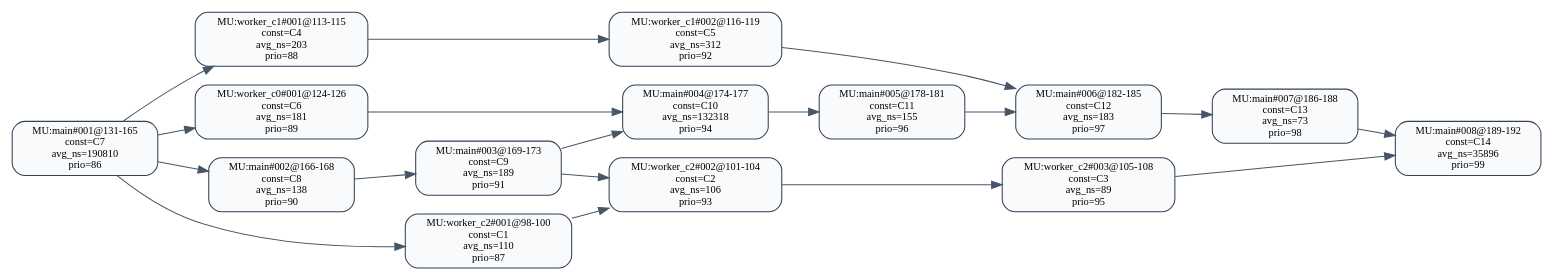
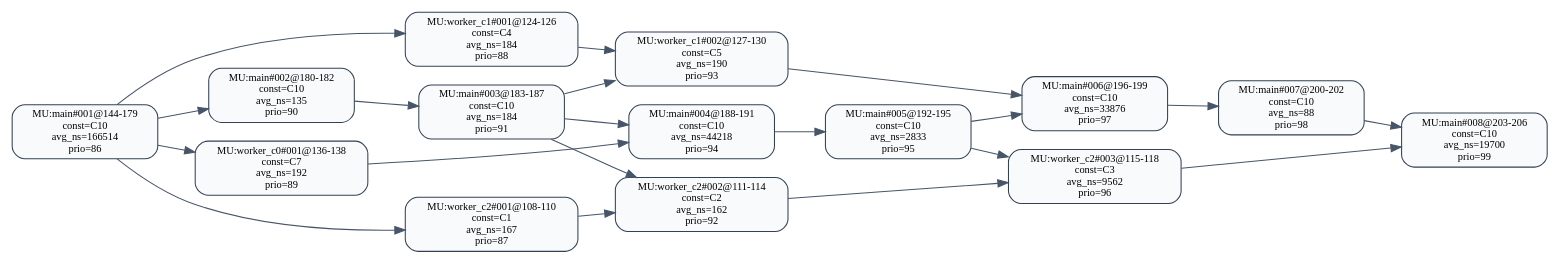
Before and after one commit to RTS-SYSU/DAG-Gen: the diagram in 中间结果/zhang2/pipeline/validation/level2/effective_line_merge/t_level/dag_seg_annotated.dot, drawn with Graphviz. The commit also changed 1017 other files, not shown here.

Commit message:
已矫正dag图circle问题，下一步准备板子上实验

```diff
--- a/中间结果/zhang2/pipeline/validation/level2/effective_line_merge/t_level/dag_seg_annotated.dot
+++ b/中间结果/zhang2/pipeline/validation/level2/effective_line_merge/t_level/dag_seg_annotated.dot
@@ -1,36 +1,38 @@
 digraph dag_seg_annotated {
   rankdir=LR;
   node [shape=box, style="rounded,filled", fillcolor="#F8FAFC", color="#334155", fontsize=10];
   edge [color="#475569"];
-  "MU:main#001@131-165" [label="MU:main#001@131-165\nconst=C7\navg_ns=190810\nprio=86"];
-  "MU:main#002@166-168" [label="MU:main#002@166-168\nconst=C8\navg_ns=138\nprio=90"];
-  "MU:main#003@169-173" [label="MU:main#003@169-173\nconst=C9\navg_ns=189\nprio=91"];
-  "MU:main#004@174-177" [label="MU:main#004@174-177\nconst=C10\navg_ns=132318\nprio=94"];
-  "MU:main#005@178-181" [label="MU:main#005@178-181\nconst=C11\navg_ns=155\nprio=96"];
-  "MU:main#006@182-185" [label="MU:main#006@182-185\nconst=C12\navg_ns=183\nprio=97"];
-  "MU:main#007@186-188" [label="MU:main#007@186-188\nconst=C13\navg_ns=73\nprio=98"];
-  "MU:main#008@189-192" [label="MU:main#008@189-192\nconst=C14\navg_ns=35896\nprio=99"];
-  "MU:worker_c0#001@124-126" [label="MU:worker_c0#001@124-126\nconst=C6\navg_ns=181\nprio=89"];
-  "MU:worker_c1#001@113-115" [label="MU:worker_c1#001@113-115\nconst=C4\navg_ns=203\nprio=88"];
-  "MU:worker_c1#002@116-119" [label="MU:worker_c1#002@116-119\nconst=C5\navg_ns=312\nprio=92"];
-  "MU:worker_c2#001@98-100" [label="MU:worker_c2#001@98-100\nconst=C1\navg_ns=110\nprio=87"];
-  "MU:worker_c2#002@101-104" [label="MU:worker_c2#002@101-104\nconst=C2\navg_ns=106\nprio=93"];
-  "MU:worker_c2#003@105-108" [label="MU:worker_c2#003@105-108\nconst=C3\navg_ns=89\nprio=95"];
-  "MU:worker_c2#001@98-100" -> "MU:worker_c2#002@101-104";
-  "MU:worker_c2#002@101-104" -> "MU:worker_c2#003@105-108";
-  "MU:worker_c1#001@113-115" -> "MU:worker_c1#002@116-119";
-  "MU:main#001@131-165" -> "MU:main#002@166-168";
-  "MU:main#002@166-168" -> "MU:main#003@169-173";
-  "MU:main#003@169-173" -> "MU:main#004@174-177";
-  "MU:main#004@174-177" -> "MU:main#005@178-181";
-  "MU:main#005@178-181" -> "MU:main#006@182-185";
-  "MU:main#006@182-185" -> "MU:main#007@186-188";
-  "MU:main#007@186-188" -> "MU:main#008@189-192";
-  "MU:main#001@131-165" -> "MU:worker_c0#001@124-126";
-  "MU:main#001@131-165" -> "MU:worker_c1#001@113-115";
-  "MU:main#001@131-165" -> "MU:worker_c2#001@98-100";
-  "MU:worker_c0#001@124-126" -> "MU:main#004@174-177";
-  "MU:worker_c1#002@116-119" -> "MU:main#006@182-185";
-  "MU:worker_c2#003@105-108" -> "MU:main#008@189-192";
-  "MU:main#003@169-173" -> "MU:worker_c2#002@101-104";
+  "MU:main#001@144-179" [label="MU:main#001@144-179\nconst=C10\navg_ns=166514\nprio=86"];
+  "MU:main#002@180-182" [label="MU:main#002@180-182\nconst=C10\navg_ns=135\nprio=90"];
+  "MU:main#003@183-187" [label="MU:main#003@183-187\nconst=C10\navg_ns=184\nprio=91"];
+  "MU:main#004@188-191" [label="MU:main#004@188-191\nconst=C10\navg_ns=44218\nprio=94"];
+  "MU:main#005@192-195" [label="MU:main#005@192-195\nconst=C10\navg_ns=2833\nprio=95"];
+  "MU:main#006@196-199" [label="MU:main#006@196-199\nconst=C10\navg_ns=33876\nprio=97"];
+  "MU:main#007@200-202" [label="MU:main#007@200-202\nconst=C10\navg_ns=88\nprio=98"];
+  "MU:main#008@203-206" [label="MU:main#008@203-206\nconst=C10\navg_ns=19700\nprio=99"];
+  "MU:worker_c0#001@136-138" [label="MU:worker_c0#001@136-138\nconst=C7\navg_ns=192\nprio=89"];
+  "MU:worker_c1#001@124-126" [label="MU:worker_c1#001@124-126\nconst=C4\navg_ns=184\nprio=88"];
+  "MU:worker_c1#002@127-130" [label="MU:worker_c1#002@127-130\nconst=C5\navg_ns=190\nprio=93"];
+  "MU:worker_c2#001@108-110" [label="MU:worker_c2#001@108-110\nconst=C1\navg_ns=167\nprio=87"];
+  "MU:worker_c2#002@111-114" [label="MU:worker_c2#002@111-114\nconst=C2\navg_ns=162\nprio=92"];
+  "MU:worker_c2#003@115-118" [label="MU:worker_c2#003@115-118\nconst=C3\navg_ns=9562\nprio=96"];
+  "MU:worker_c2#001@108-110" -> "MU:worker_c2#002@111-114";
+  "MU:worker_c2#002@111-114" -> "MU:worker_c2#003@115-118";
+  "MU:worker_c1#001@124-126" -> "MU:worker_c1#002@127-130";
+  "MU:main#001@144-179" -> "MU:main#002@180-182";
+  "MU:main#002@180-182" -> "MU:main#003@183-187";
+  "MU:main#003@183-187" -> "MU:main#004@188-191";
+  "MU:main#004@188-191" -> "MU:main#005@192-195";
+  "MU:main#005@192-195" -> "MU:main#006@196-199";
+  "MU:main#006@196-199" -> "MU:main#007@200-202";
+  "MU:main#007@200-202" -> "MU:main#008@203-206";
+  "MU:main#001@144-179" -> "MU:worker_c0#001@136-138";
+  "MU:main#001@144-179" -> "MU:worker_c1#001@124-126";
+  "MU:main#001@144-179" -> "MU:worker_c2#001@108-110";
+  "MU:worker_c0#001@136-138" -> "MU:main#004@188-191";
+  "MU:worker_c1#002@127-130" -> "MU:main#006@196-199";
+  "MU:worker_c2#003@115-118" -> "MU:main#008@203-206";
+  "MU:main#003@183-187" -> "MU:worker_c2#002@111-114";
+  "MU:main#005@192-195" -> "MU:worker_c2#003@115-118";
+  "MU:main#003@183-187" -> "MU:worker_c1#002@127-130";
 }
```
